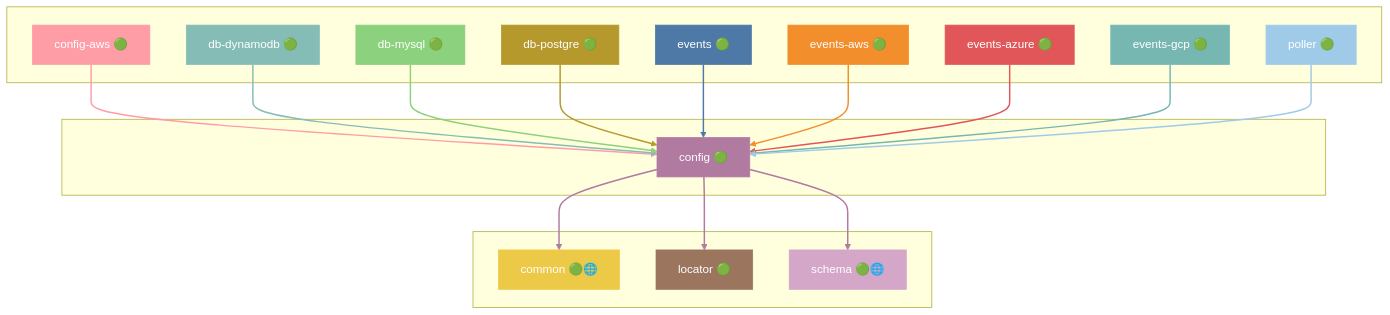
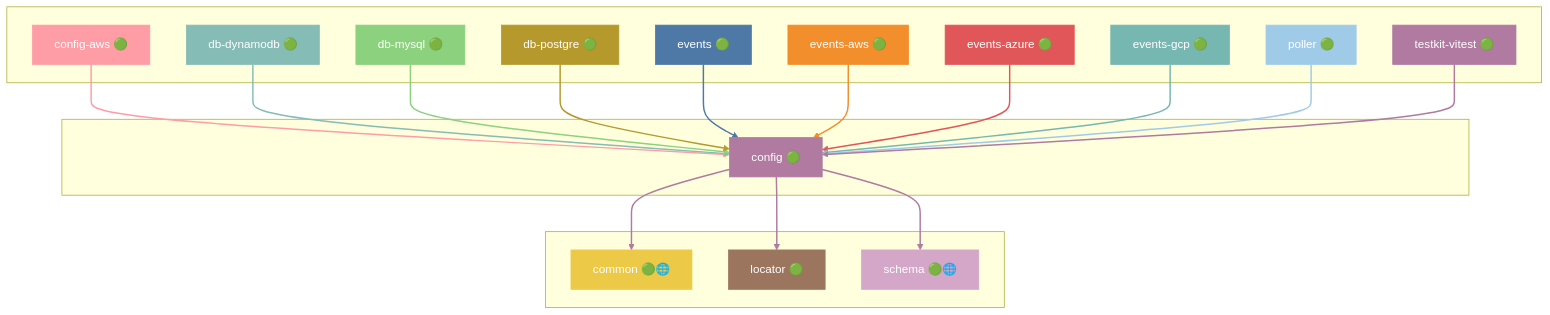
One commit to grest-ts/grest-ts changed the eighth of 47 diagrams in docs/DEPENDENCIES.md. Above: the diagram before and after it, drawn with Mermaid. The commit also changed other lines of this file and 93 other files, not shown here.

````diff
--- a/docs/DEPENDENCIES.md
+++ b/docs/DEPENDENCIES.md
@@ -633,59 +649,63 @@
 ```mermaid
 flowchart TB
     subgraph Dependents[" "]
         config-aws["config-aws 🟢"]
         db-dynamodb["db-dynamodb 🟢"]
         db-mysql["db-mysql 🟢"]
         db-postgre["db-postgre 🟢"]
         events["events 🟢"]
         events-aws["events-aws 🟢"]
         events-azure["events-azure 🟢"]
         events-gcp["events-gcp 🟢"]
         poller["poller 🟢"]
+        testkit-vitest["testkit-vitest 🟢"]
     end
     subgraph Package[" "]
         config["config 🟢"]
     end
     subgraph Dependencies[" "]
         common["common 🟢🌐"]
         locator["locator 🟢"]
         schema["schema 🟢🌐"]
     end
     config-aws --> config
     db-dynamodb --> config
     db-mysql --> config
     db-postgre --> config
     events --> config
     events-aws --> config
     events-azure --> config
     events-gcp --> config
     poller --> config
+    testkit-vitest --> config
     config --> common
     config --> locator
     config --> schema
     style config fill:#B07AA1,stroke:#B07AA1,color:#fff
     style config-aws fill:#FF9DA7,stroke:#FF9DA7,color:#fff
     style db-dynamodb fill:#86BCB6,stroke:#86BCB6,color:#fff
     style db-mysql fill:#8CD17D,stroke:#8CD17D,color:#fff
     style db-postgre fill:#B6992D,stroke:#B6992D,color:#fff
     style events fill:#4E79A7,stroke:#4E79A7,color:#fff
     style events-aws fill:#F28E2B,stroke:#F28E2B,color:#fff
     style events-azure fill:#E15759,stroke:#E15759,color:#fff
     style events-gcp fill:#76B7B2,stroke:#76B7B2,color:#fff
     style poller fill:#A0CBE8,stroke:#A0CBE8,color:#fff
+    style testkit-vitest fill:#B07AA1,stroke:#B07AA1,color:#fff
     style common fill:#EDC948,stroke:#EDC948,color:#fff
     style locator fill:#9C755F,stroke:#9C755F,color:#fff
     style schema fill:#D4A6C8,stroke:#D4A6C8,color:#fff
     linkStyle 0 stroke:#FF9DA7,stroke-width:2px
     linkStyle 1 stroke:#86BCB6,stroke-width:2px
     linkStyle 2 stroke:#8CD17D,stroke-width:2px
     linkStyle 3 stroke:#B6992D,stroke-width:2px
     linkStyle 4 stroke:#4E79A7,stroke-width:2px
     linkStyle 5 stroke:#F28E2B,stroke-width:2px
     linkStyle 6 stroke:#E15759,stroke-width:2px
     linkStyle 7 stroke:#76B7B2,stroke-width:2px
     linkStyle 8 stroke:#A0CBE8,stroke-width:2px
     linkStyle 9 stroke:#B07AA1,stroke-width:2px
     linkStyle 10 stroke:#B07AA1,stroke-width:2px
     linkStyle 11 stroke:#B07AA1,stroke-width:2px
+    linkStyle 12 stroke:#B07AA1,stroke-width:2px
 ```
````
